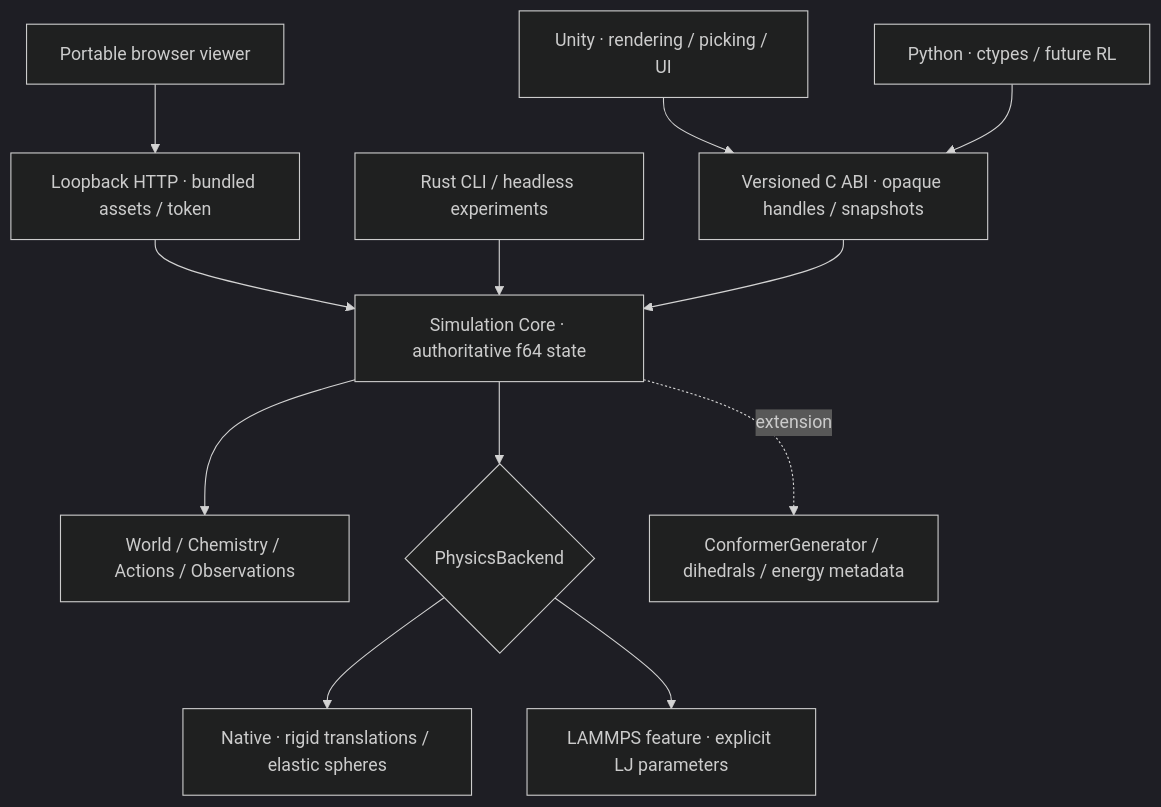
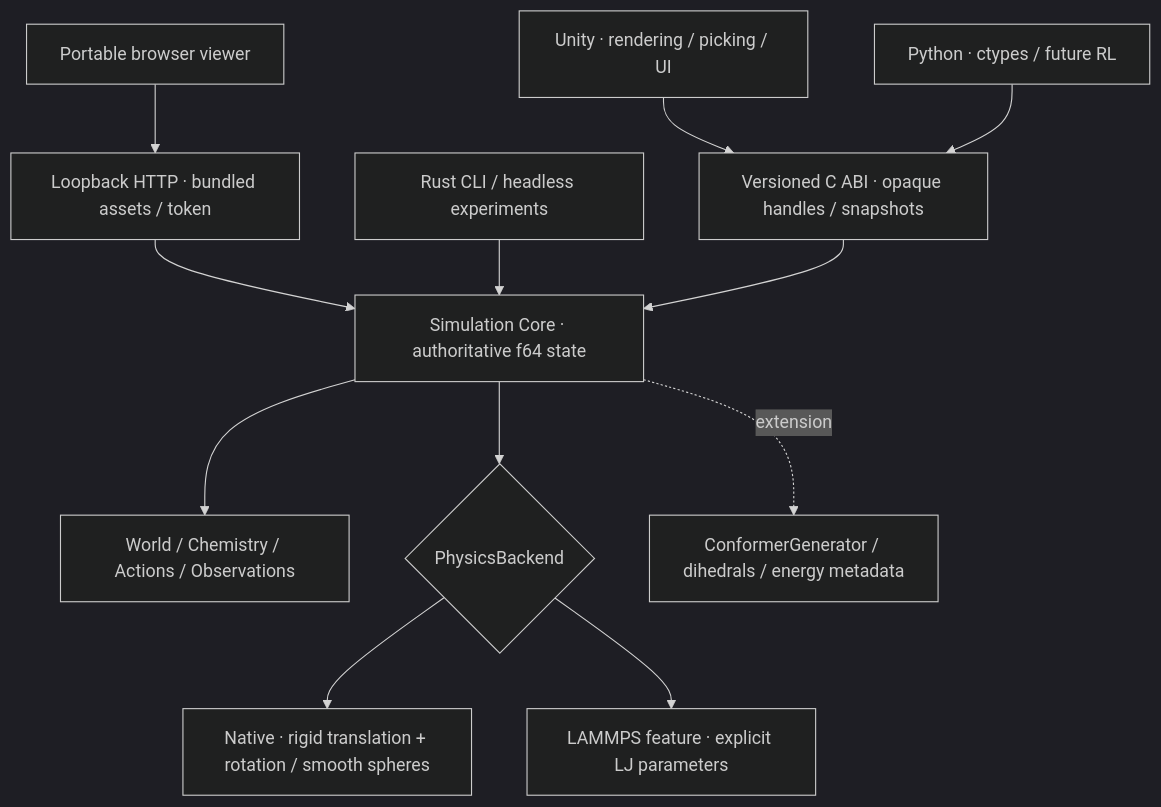
Before and after one commit to masterTHou/TerraMol: the diagram in README.md, drawn with Mermaid (dark theme). The commit also changed other lines of this file and 50 other files, not shown here.

Commit message:
feat: ship v1.2 rigid rotation and visual LJ experiments

````diff
--- a/README.md
+++ b/README.md
@@ -44,14 +44,14 @@
 ```mermaid
 flowchart TD
     Unity[Unity · rendering / picking / UI] --> ABI[Versioned C ABI · opaque handles / snapshots]
     Python[Python · ctypes / future RL] --> ABI
     Browser[Portable browser viewer] --> HTTP[Loopback HTTP · bundled assets / token]
     HTTP --> Core
     CLI[Rust CLI / headless experiments] --> Core
     ABI --> Core[Simulation Core · authoritative f64 state]
     Core --> World[World / Chemistry / Actions / Observations]
     Core --> Backend{PhysicsBackend}
-    Backend --> Native[Native · rigid translations / elastic spheres]
+    Backend --> Native[Native · rigid translation + rotation / smooth spheres]
     Backend --> LAMMPS[LAMMPS feature · explicit LJ parameters]
     Core -. extension .-> Conformer[ConformerGenerator / dihedrals / energy metadata]
 ```
````
